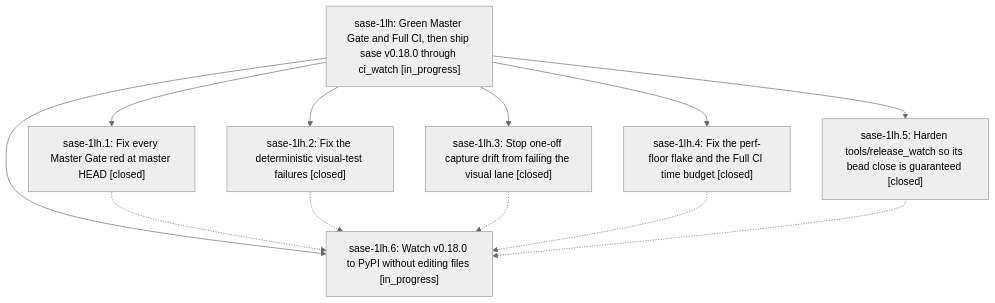
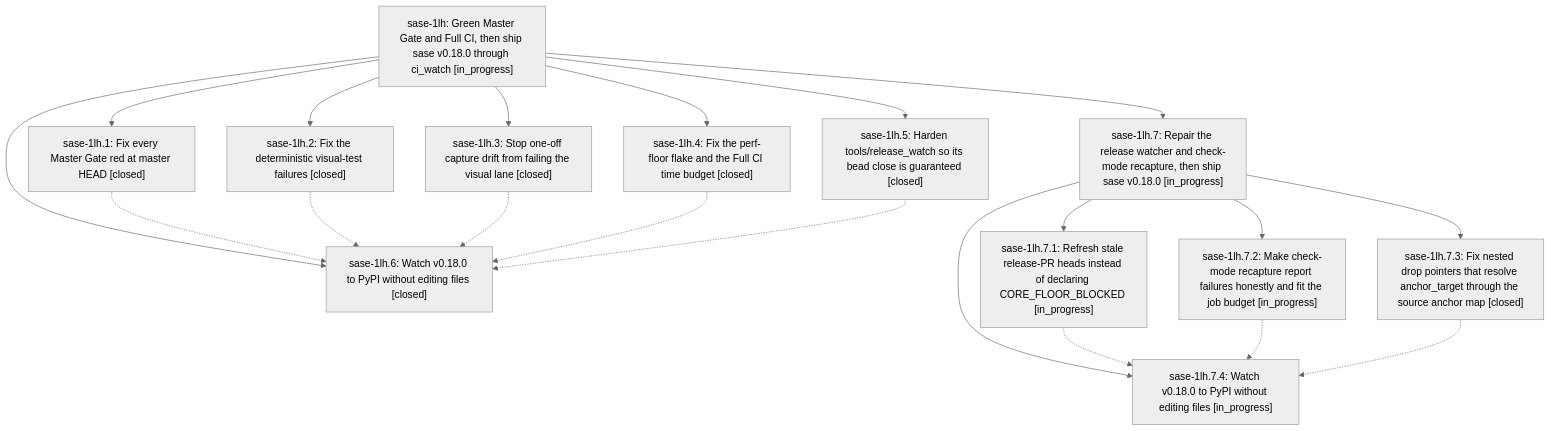
One commit to sase-org/sase--beads changed the diagram in pages/sase-1lh/README.md. Above: the diagram before and after it, drawn with Mermaid (neutral theme). The commit also changed other lines of this file and 11 other files, not shown here.

````diff
--- a/pages/sase-1lh/README.md
+++ b/pages/sase-1lh/README.md
@@ -41,21 +95,34 @@
 ```mermaid
 flowchart TD
     n0["sase-1lh: Green Master Gate and Full CI, then ship sase v0.18.0 through ci_watch [in_progress]"]
     n1["sase-1lh.1: Fix every Master Gate red at master HEAD [closed]"]
     n2["sase-1lh.2: Fix the deterministic visual-test failures [closed]"]
     n3["sase-1lh.3: Stop one-off capture drift from failing the visual lane [closed]"]
     n4["sase-1lh.4: Fix the perf-floor flake and the Full CI time budget [closed]"]
     n5["sase-1lh.5: Harden tools/release_watch so its bead close is guaranteed [closed]"]
-    n6["sase-1lh.6: Watch v0.18.0 to PyPI without editing files [in_progress]"]
+    n6["sase-1lh.6: Watch v0.18.0 to PyPI without editing files [closed]"]
+    n7["sase-1lh.7: Repair the release watcher and check-mode recapture, then ship sase v0.18.0 [in_progress]"]
+    n8["sase-1lh.7.1: Refresh stale release-PR heads instead of declaring CORE_FLOOR_BLOCKED [in_progress]"]
+    n9["sase-1lh.7.2: Make check-mode recapture report failures honestly and fit the job budget [in_progress]"]
+    n10["sase-1lh.7.3: Fix nested drop pointers that resolve anchor_target through the source anchor map [closed]"]
+    n11["sase-1lh.7.4: Watch v0.18.0 to PyPI without editing files [in_progress]"]
     n0 --> n1
     n0 --> n2
     n0 --> n3
     n0 --> n4
     n0 --> n5
     n0 --> n6
+    n0 --> n7
+    n7 --> n8
+    n7 --> n9
+    n7 --> n10
+    n7 --> n11
     n1 -.-> n6
     n2 -.-> n6
     n3 -.-> n6
     n4 -.-> n6
     n5 -.-> n6
+    n8 -.-> n11
+    n9 -.-> n11
+    n10 -.-> n11
 ```
````
